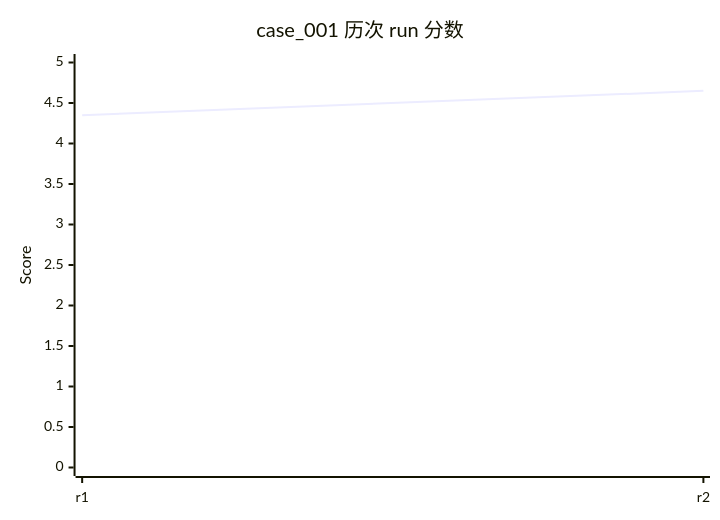
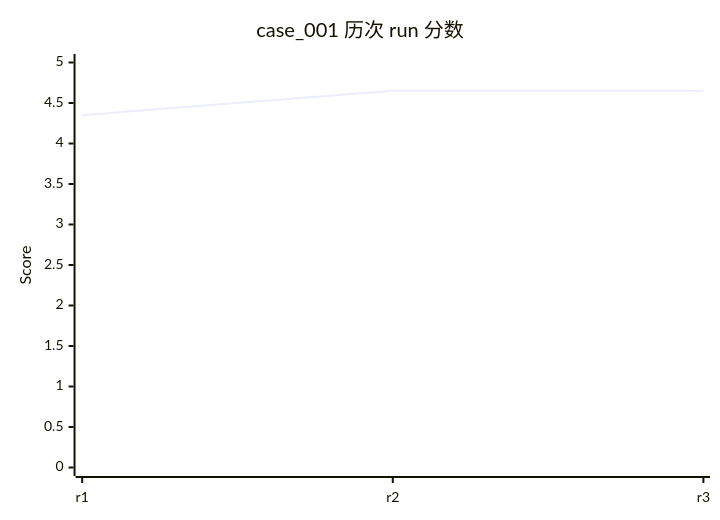
One commit to rushengzhou/sid-code changed the eighth of 58 diagrams in evals/DASHBOARD.md. Above: the diagram before and after it, drawn with Mermaid. The commit also changed other lines of this file and 57 other files, not shown here.

````diff
--- a/evals/DASHBOARD.md
+++ b/evals/DASHBOARD.md
@@ -228,7 +230,7 @@
 ```mermaid
 xychart-beta
     title "case_001 历次 run 分数"
-    x-axis [r1, r2]
+    x-axis [r1, r2, r3]
     y-axis "Score" 0 --> 5
-    line [4.35, 4.65]
+    line [4.35, 4.65, 4.65]
 ```
````
